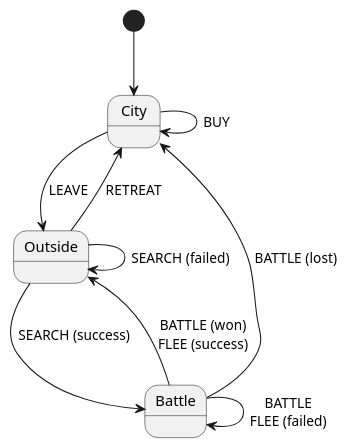
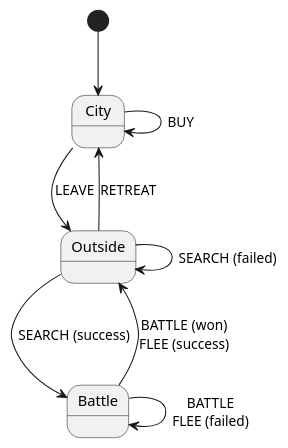
One commit to Wurst-Devs/wurst-quest changed the diagram in docs/diagrams/test.puml. Above: the diagram before and after it, drawn with PlantUML.

```diff
--- a/docs/diagrams/test.puml
+++ b/docs/diagrams/test.puml
@@ -1,16 +1,15 @@
 @startuml game_states
 
 [*] --> City
 
 City -> Outside : LEAVE
 City --> City : BUY
 
 Outside --> Outside : SEARCH (failed)
 Outside --> Battle : SEARCH (success)
 Outside --> City : RETREAT
 
 Battle --> Battle : BATTLE\nFLEE (failed)
 Battle --> Outside : BATTLE (won)\nFLEE (success)
-Battle --> City : BATTLE (lost)
 
 @enduml
```
